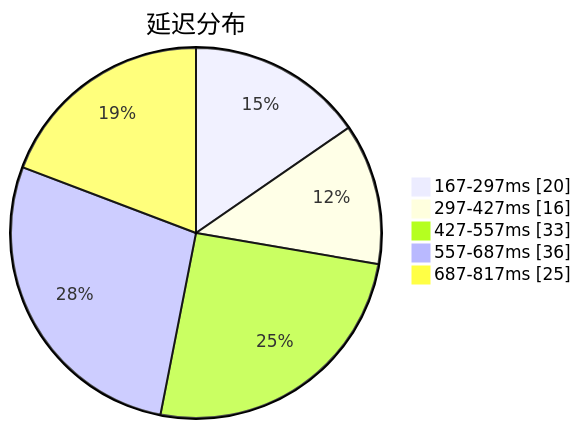
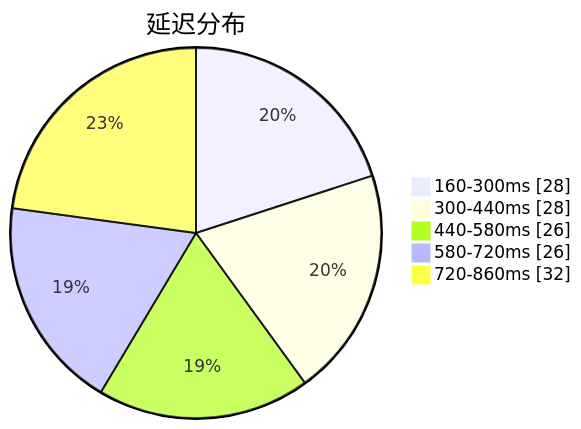
One commit to qjlxg/airport changed the first of 3 diagrams in subs/statistics/tested_within.md. Above: the diagram before and after it, drawn with Mermaid. The commit also changed other lines of this file and 2 other files, not shown here.

````diff
--- a/subs/statistics/tested_within.md
+++ b/subs/statistics/tested_within.md
@@ -2,9 +2,9 @@
 ```mermaid
 pie showData
 title 延迟分布
-"167-297ms" : 20
-"297-427ms" : 16
-"427-557ms" : 33
-"557-687ms" : 36
-"687-817ms" : 25
+"160-300ms" : 28
+"300-440ms" : 28
+"440-580ms" : 26
+"580-720ms" : 26
+"720-860ms" : 32
 ```
````
